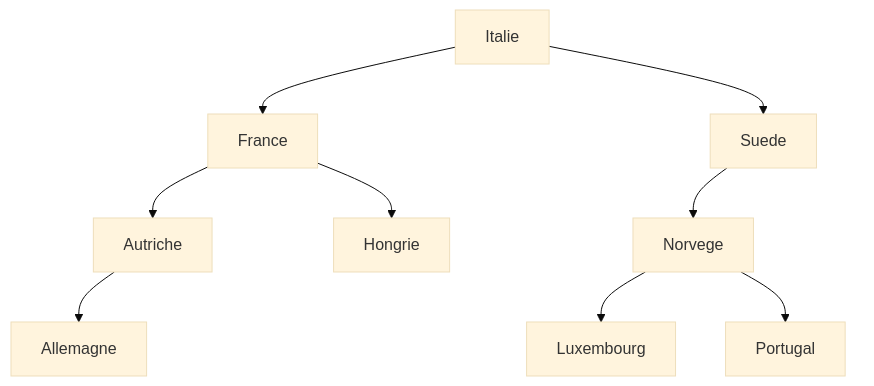
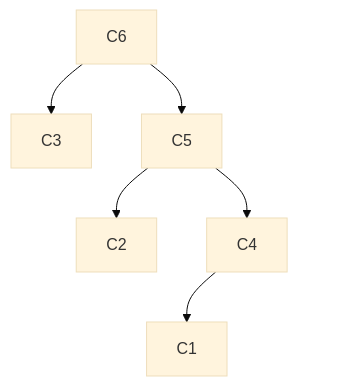
One commit to nsimeyroneinc/NSITerm2024 changed the diagram in docs/Annales/Corriges/22-NSIJ2AN1.md. Above: the diagram before and after it, drawn with Mermaid (base theme). The commit also changed other lines of this file and 688 other files, not shown here.

````diff
--- a/docs/Annales/Corriges/22-NSIJ2AN1.md
+++ b/docs/Annales/Corriges/22-NSIJ2AN1.md
@@ -106,23 +59,11 @@
-    ```mermaid
-        graph TD
-        A["Italie"] --> B["France"]
-        A --> C["Suede"]
-        B --> D["Autriche"]
-        B --> E["Hongrie"]
-        E --> V3[" "]
-        E --> V4[" "]
-        C --> F["Norvege"]
-        C --> V1[" "]
-        D --> H["Allemagne"]
-        D --> V2[" "]
-        F --> G["Luxembourg"]
-        F --> K["Portugal"]
-        style V1 fill:#FFFFFF, stroke:#FFFFFF
-        style V2 fill:#FFFFFF, stroke:#FFFFFF
-        style V3 fill:#FFFFFF, stroke:#FFFFFF
-        style V4 fill:#FFFFFF, stroke:#FFFFFF
-        linkStyle 4 stroke:#FFFFFF,stroke-width:0px
-        linkStyle 5 stroke:#FFFFFF,stroke-width:0px
-        linkStyle 7 stroke:#FFFFFF,stroke-width:0px
-        linkStyle 9 stroke:#FFFFFF,stroke-width:0px
-    ```
+```mermaid
+    graph TD
+    H["C6"] --> G["C3"]
+    H --> F["C5"]
+    F --> B["C2"]
+    F --> C["C4"]
+    C --> D["C1"]
+    C --> V1[" "]
+    style V1 fill:#FFFFFF, stroke:#FFFFFF
+    linkStyle 5 stroke:#FFFFFF,stroke-width:0px
+```
````
